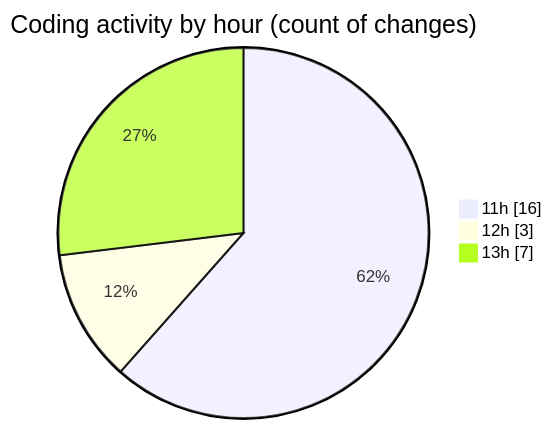
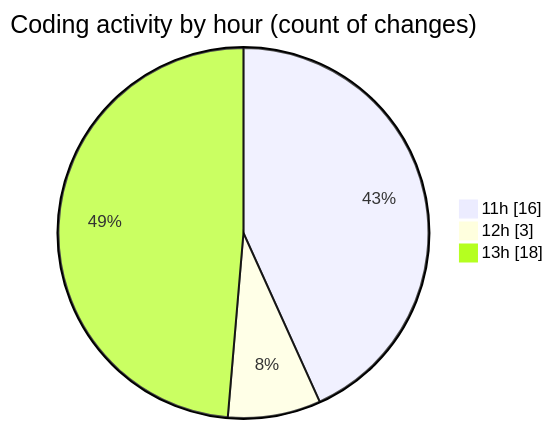
Before and after one commit to nxtqubesakshisongat/code-tracking: the second of 2 diagrams in 2025-07-08/argos/README.md, drawn with Mermaid. The commit also changed other lines of this file and 1 other file, not shown here.

````diff
--- a/2025-07-08/argos/README.md
+++ b/2025-07-08/argos/README.md
@@ -30,7 +32,7 @@
 ```mermaid
 pie showData
 title Coding activity by hour (count of changes)
 "11h" : 16
 "12h" : 3
-"13h" : 7
+"13h" : 18
 ```
````
